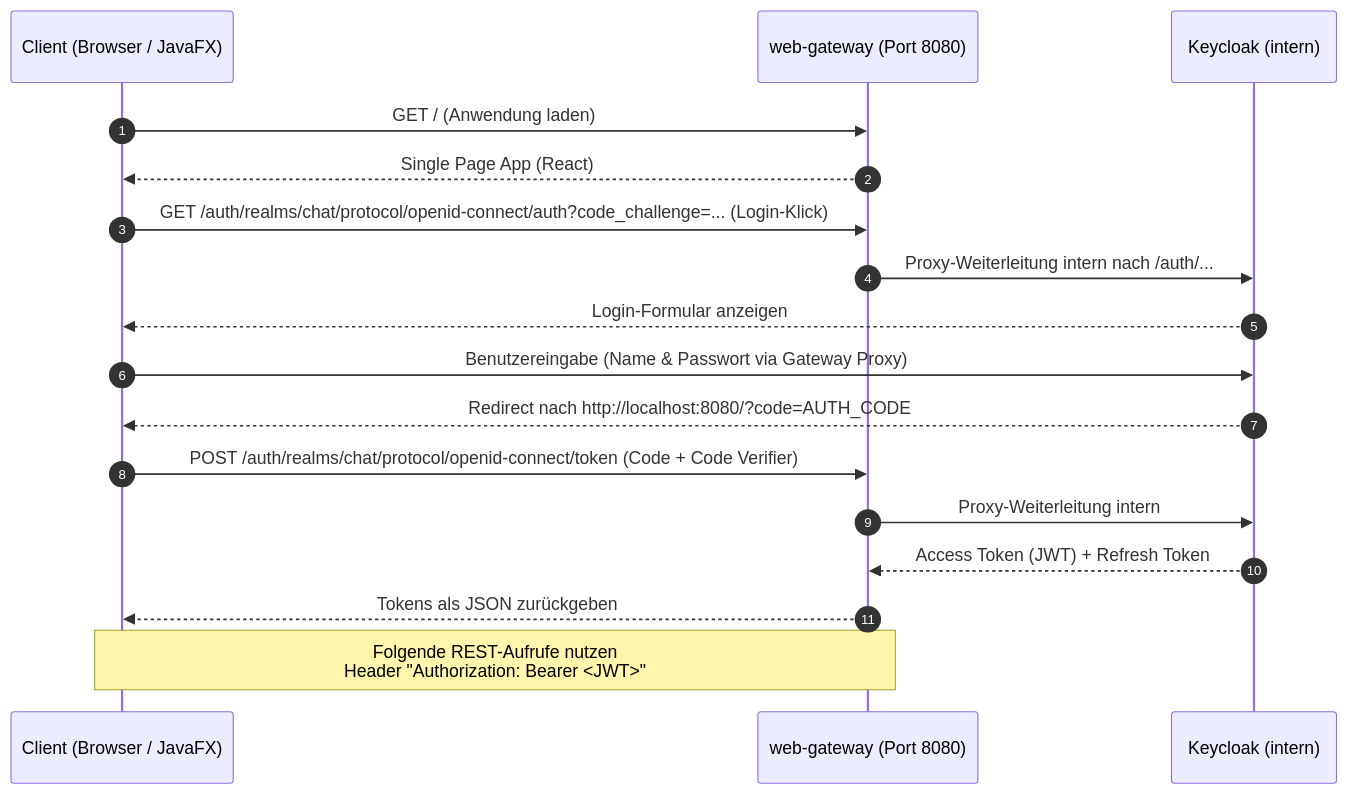
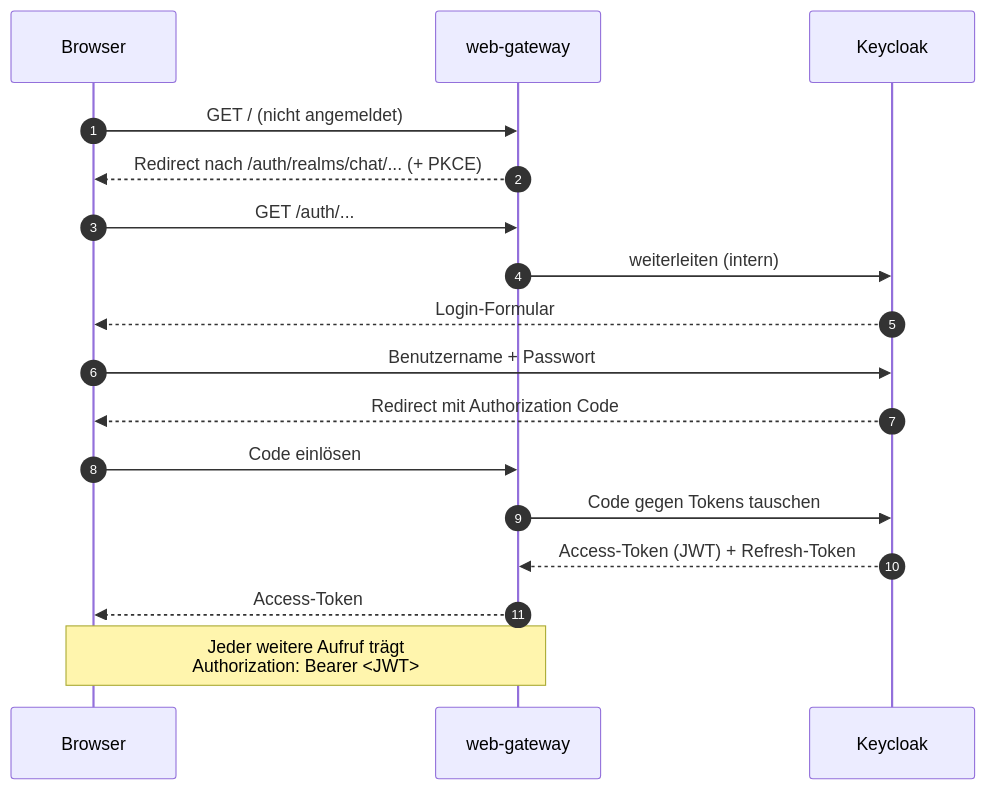
Before and after one commit to Vidrai/it3c-m321: the second of 5 diagrams in PLANUNG.md, drawn with Mermaid. The commit also changed other lines of this file and 5 other files, not shown here.

````diff
--- a/PLANUNG.md
+++ b/PLANUNG.md
@@ -121,20 +124,20 @@
 ```mermaid
 sequenceDiagram
     autonumber
-    participant B as Client (Browser / JavaFX)
-    participant G as web-gateway (Port 8080)
-    participant K as Keycloak (intern)
+    participant B as Browser
+    participant G as web-gateway
+    participant K as Keycloak
 
-    B->>G: GET / (Anwendung laden)
-    G-->>B: Single Page App (React)
-    B->>G: GET /auth/realms/chat/protocol/openid-connect/auth?code_challenge=... (Login-Klick)
-    G->>K: Proxy-Weiterleitung intern nach /auth/...
-    K-->>B: Login-Formular anzeigen
-    B->>K: Benutzereingabe (Name & Passwort via Gateway Proxy)
-    K-->>B: Redirect nach http://localhost:8080/?code=AUTH_CODE
-    B->>G: POST /auth/realms/chat/protocol/openid-connect/token (Code + Code Verifier)
-    G->>K: Proxy-Weiterleitung intern
-    K-->>G: Access Token (JWT) + Refresh Token
-    G-->>B: Tokens als JSON zurückgeben
-    Note over B,G: Folgende REST-Aufrufe nutzen<br/>Header "Authorization: Bearer <JWT>"
+    B->>G: GET / (nicht angemeldet)
+    G-->>B: Redirect nach /auth/realms/chat/... (+ PKCE)
+    B->>G: GET /auth/... 
+    G->>K: weiterleiten (intern)
+    K-->>B: Login-Formular
+    B->>K: Benutzername + Passwort
+    K-->>B: Redirect mit Authorization Code
+    B->>G: Code einlösen
+    G->>K: Code gegen Tokens tauschen
+    K-->>G: Access-Token (JWT) + Refresh-Token
+    G-->>B: Access-Token
+    Note over B,G: Jeder weitere Aufruf trägt<br/>Authorization: Bearer <JWT>
 ```
````
